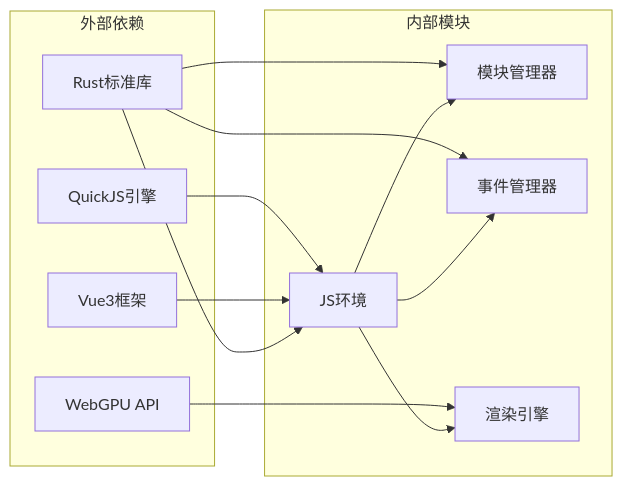
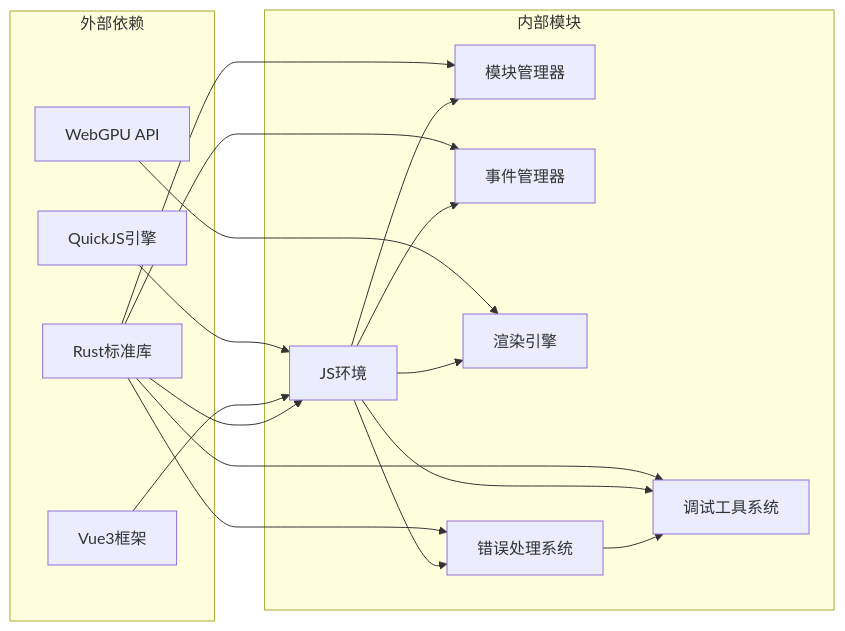
One commit to itszzl-sudo/iris changed the seventh of 7 diagrams in .qoder/repowiki/zh/content/API参考手册/运行时API.md. Above: the diagram before and after it, drawn with Mermaid. The commit also changed other lines of this file and 6 other files, not shown here.

````diff
--- a/.qoder/repowiki/zh/content/API参考手册/运行时API.md
+++ b/.qoder/repowiki/zh/content/API参考手册/运行时API.md
@@ -302,24 +592,31 @@
 ```mermaid
 graph LR
 subgraph "外部依赖"
 QuickJS[QuickJS引擎]
 Vue3[Vue3框架]
 WebGPU[WebGPU API]
 Rust[Rust标准库]
 end
 subgraph "内部模块"
 JSEnv[JS环境]
 ModuleMgr[模块管理器]
 EventMgr[事件管理器]
 RenderEngine[渲染引擎]
+ErrorHandling[错误处理系统]
+DevTools[调试工具系统]
 end
 QuickJS --> JSEnv
 Vue3 --> JSEnv
 WebGPU --> RenderEngine
 Rust --> JSEnv
 Rust --> ModuleMgr
 Rust --> EventMgr
+Rust --> ErrorHandling
+Rust --> DevTools
 JSEnv --> ModuleMgr
 JSEnv --> EventMgr
 JSEnv --> RenderEngine
+JSEnv --> ErrorHandling
+JSEnv --> DevTools
+ErrorHandling --> DevTools
 ```
````
